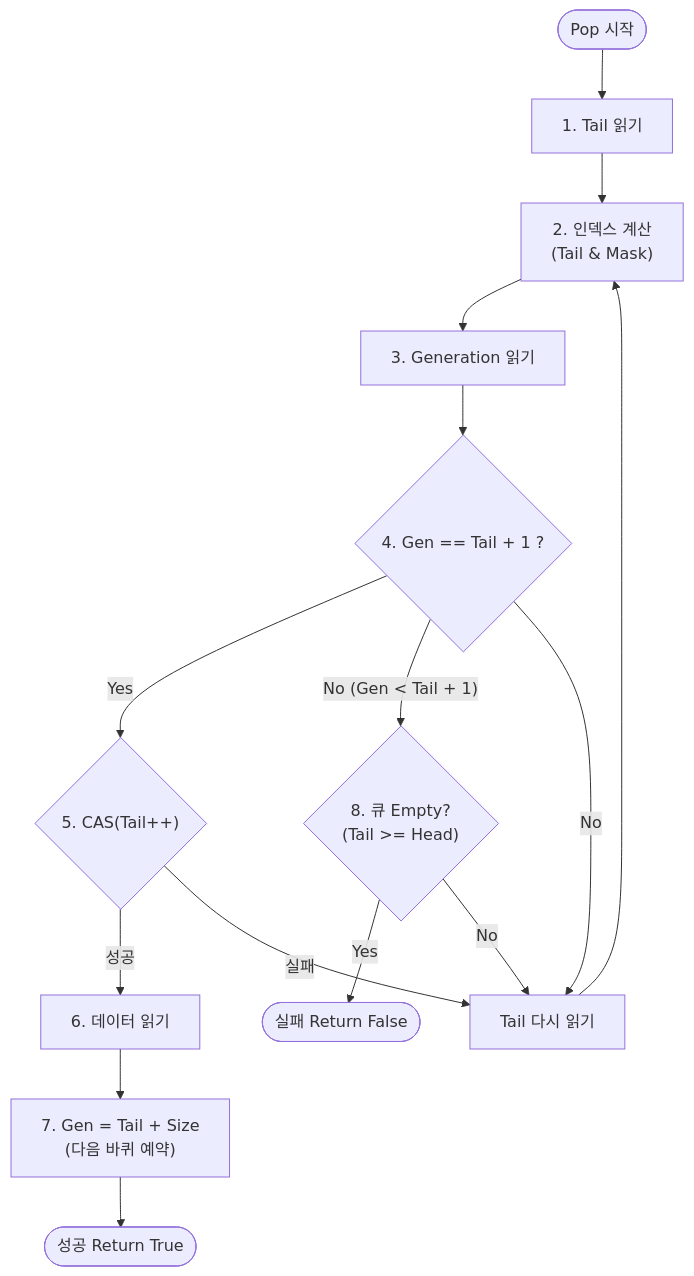
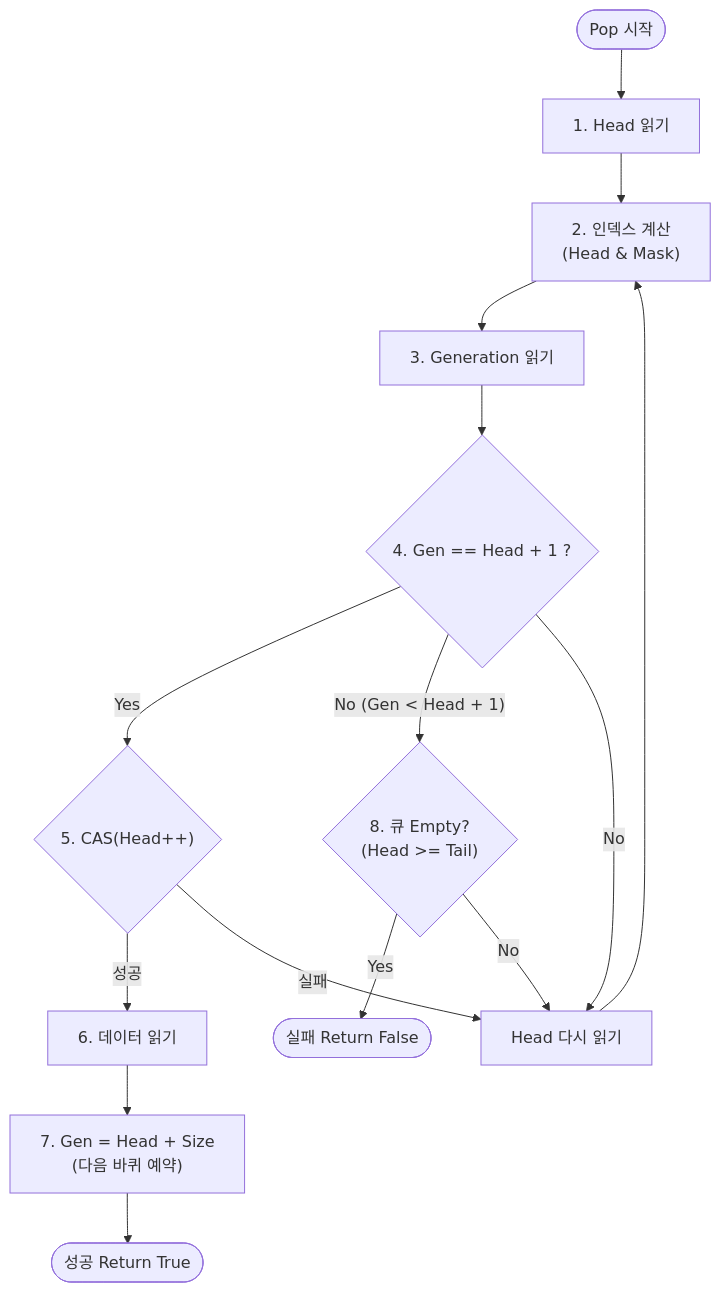
The second of 2 diagrams in docs/3.mpmc_queue_analysis.md (wlsqc123/lockfree_queue), drawn with Mermaid before and after one commit. The commit also changed other lines of this file, not shown here.

````diff
--- a/docs/3.mpmc_queue_analysis.md
+++ b/docs/3.mpmc_queue_analysis.md
@@ -74,25 +74,25 @@
 ```mermaid
 flowchart TD
-    Start([Pop 시작]) --> LoadTail["1. Tail 읽기"]
-    LoadTail --> CalcIdx["2. 인덱스 계산<br>(Tail & Mask)"]
+    Start([Pop 시작]) --> LoadHead["1. Head 읽기"]
+    LoadHead --> CalcIdx["2. 인덱스 계산<br>(Head & Mask)"]
     CalcIdx --> ReadGen["3. Generation 읽기"]
     
-    ReadGen --> CheckGen{"4. Gen == Tail + 1 ?"}
+    ReadGen --> CheckGen{"4. Gen == Head + 1 ?"}
     
     %% CASE 1: 데이터 있음
-    CheckGen -- "Yes" --> CAS{"5. CAS(Tail++)"}
+    CheckGen -- "Yes" --> CAS{"5. CAS(Head++)"}
     CAS -- "성공" --> ReadData["6. 데이터 읽기"]
-    ReadData --> UpdateGen["7. Gen = Tail + Size<br>(다음 바퀴 예약)"]
+    ReadData --> UpdateGen["7. Gen = Head + Size<br>(다음 바퀴 예약)"]
     UpdateGen --> Success([성공 Return True])
     
-    CAS -- "실패" --> ReloadTail["Tail 다시 읽기"]
-    ReloadTail --> CalcIdx
+    CAS -- "실패" --> ReloadHead["Head 다시 읽기"]
+    ReloadHead --> CalcIdx
     
     %% CASE 2: Empty or Busy
-    CheckGen -- "No (Gen < Tail + 1)" --> CheckEmpty{"8. 큐 Empty?<br>(Tail >= Head)"}
+    CheckGen -- "No (Gen < Head + 1)" --> CheckEmpty{"8. 큐 Empty?<br>(Head >= Tail)"}
     CheckEmpty -- "Yes" --> Fail([실패 Return False])
-    CheckEmpty -- "No" --> ReloadTail
+    CheckEmpty -- "No" --> ReloadHead
     
     %% CASE 3: Others
-    CheckGen -- "No" --> ReloadTail
+    CheckGen -- "No" --> ReloadHead
 ```
````
